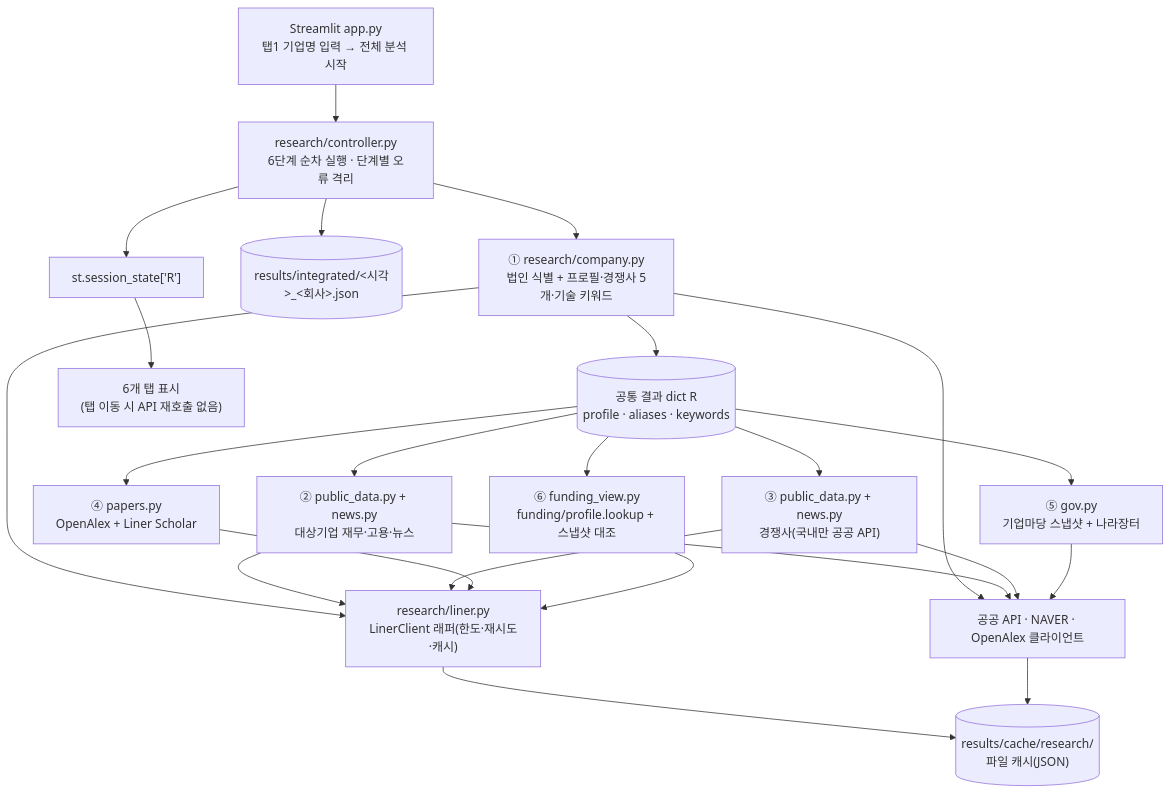
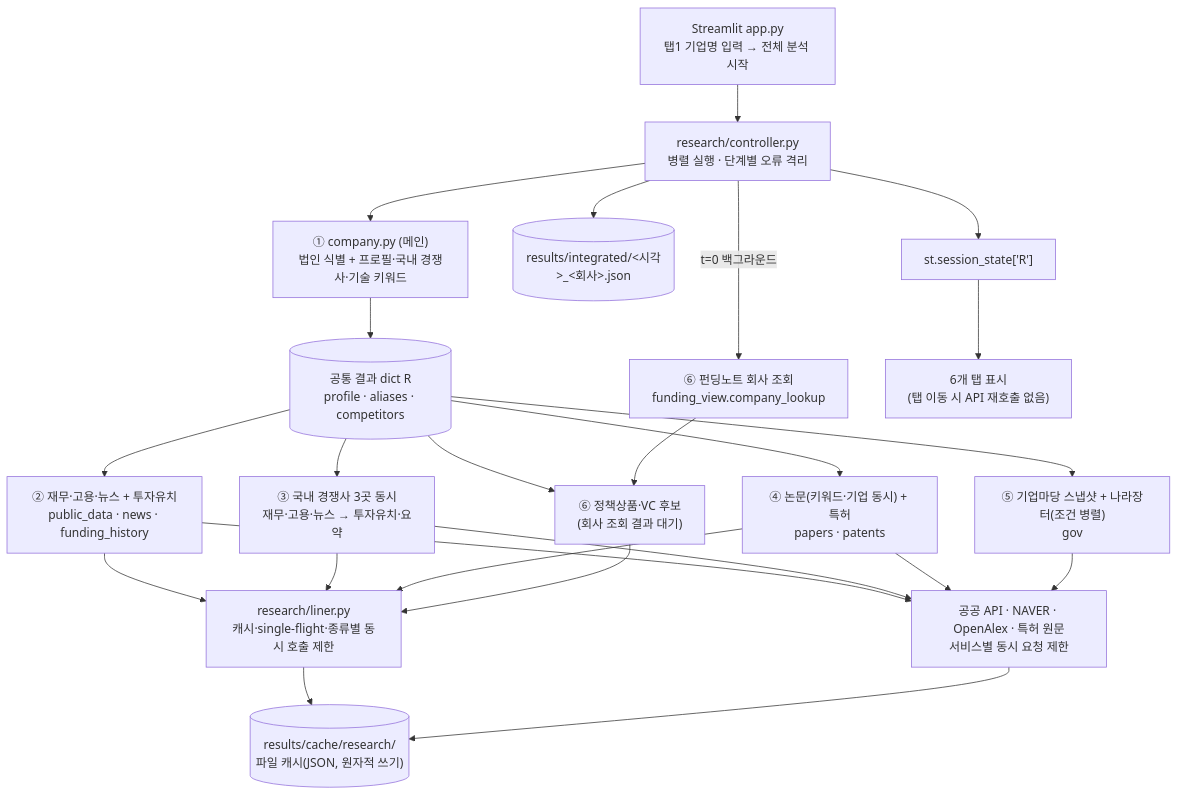
The diagram in README.md (walkbyhankang/liner-research-agent), drawn with Mermaid before and after one commit. The commit also changed other lines of this file and 17 other files, not shown here.

First line of the commit message:
feat: add funding history, patent analytics and parallel research

````diff
--- a/README.md
+++ b/README.md
@@ -117,16 +122,18 @@
 ```mermaid
 flowchart TD
-    UI["Streamlit app.py<br/>탭1 기업명 입력 → 전체 분석 시작"] --> C["research/controller.py<br/>6단계 순차 실행 · 단계별 오류 격리"]
-    C --> S1["① research/company.py<br/>법인 식별 + 프로필·경쟁사 5개·기술 키워드"]
-    S1 --> P[("공통 결과 dict R<br/>profile · aliases · keywords")]
-    P --> S2["② public_data.py + news.py<br/>대상기업 재무·고용·뉴스"]
-    P --> S3["③ public_data.py + news.py<br/>경쟁사(국내만 공공 API)"]
-    P --> S4["④ papers.py<br/>OpenAlex + Liner Scholar"]
-    P --> S5["⑤ gov.py<br/>기업마당 스냅샷 + 나라장터"]
-    P --> S6["⑥ funding_view.py<br/>funding/profile.lookup + 스냅샷 대조"]
-    S1 & S2 & S3 & S4 & S6 --> L["research/liner.py<br/>LinerClient 래퍼(한도·재시도·캐시)"]
-    S1 & S2 & S3 & S5 --> G["공공 API · NAVER · OpenAlex 클라이언트"]
-    L & G --> CACHE[("results/cache/research/<br/>파일 캐시(JSON)")]
+    UI["Streamlit app.py<br/>탭1 기업명 입력 → 전체 분석 시작"] --> C["research/controller.py<br/>병렬 실행 · 단계별 오류 격리"]
+    C -->|t=0 백그라운드| LK["⑥ 펀딩노트 회사 조회<br/>funding_view.company_lookup"]
+    C --> S1["① company.py (메인)<br/>법인 식별 + 프로필·국내 경쟁사·기술 키워드"]
+    S1 --> P[("공통 결과 dict R<br/>profile · aliases · competitors")]
+    P --> S2["② 재무·고용·뉴스 + 투자유치<br/>public_data · news · funding_history"]
+    P --> S3["③ 국내 경쟁사 3곳 동시<br/>재무·고용·뉴스 → 투자유치·요약"]
+    P --> S4["④ 논문(키워드·기업 동시) + 특허<br/>papers · patents"]
+    P --> S5["⑤ 기업마당 스냅샷 + 나라장터(조건 병렬)<br/>gov"]
+    P --> S6["⑥ 정책상품·VC 후보<br/>(회사 조회 결과 대기)"]
+    LK --> S6
+    S2 & S3 & S4 & S6 --> L["research/liner.py<br/>캐시·single-flight·종류별 동시 호출 제한"]
+    S2 & S3 & S4 & S5 --> G["공공 API · NAVER · OpenAlex · 특허 원문<br/>서비스별 동시 요청 제한"]
+    L & G --> CACHE[("results/cache/research/<br/>파일 캐시(JSON, 원자적 쓰기)")]
     C --> SAVE[("results/integrated/<시각>_<회사>.json")]
     C --> ST["st.session_state['R']"] --> TABS["6개 탭 표시<br/>(탭 이동 시 API 재호출 없음)"]
 ```
````
